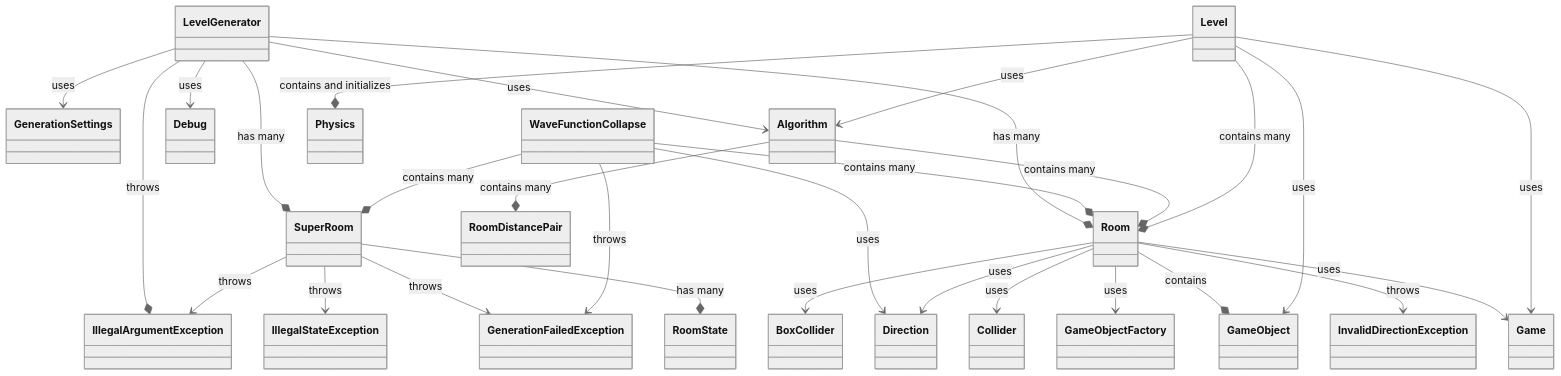
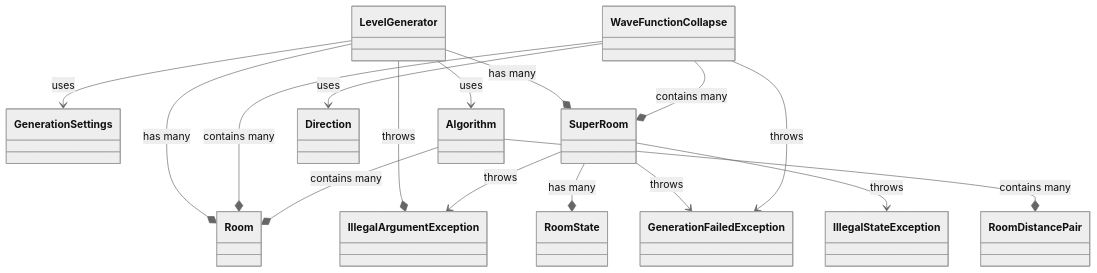
Before and after one commit to Rimaro03/docs-exam-slayer: the third of 10 diagrams in docs/design/class_diagrams.md, drawn with Mermaid (neutral theme). The commit also changed other lines of this file and 2 other files, not shown here.

Commit message:
finished movement sequence diagram

````diff
--- a/docs/design/class_diagrams.md
+++ b/docs/design/class_diagrams.md
@@ -22,36 +22,21 @@
 ```mermaid
 classDiagram
   LevelGenerator --> GenerationSettings: uses
   LevelGenerator --* Room: has many
   LevelGenerator --* IllegalArgumentException: throws
   LevelGenerator --* SuperRoom: has many
   LevelGenerator --> Algorithm: uses
-  LevelGenerator --> Debug: uses
 
   SuperRoom --* RoomState: has many
   SuperRoom --> GenerationFailedException: throws
   SuperRoom --> IllegalArgumentException: throws
   SuperRoom --> IllegalStateException: throws
   
   WaveFunctionCollapse --* SuperRoom: contains many
   WaveFunctionCollapse --* Room: contains many
   WaveFunctionCollapse --> GenerationFailedException: throws
   WaveFunctionCollapse --> Direction: uses
   
   Algorithm --* RoomDistancePair: contains many
   Algorithm --* Room: contains many
-
-  Room --> Direction: uses
-  Room --> InvalidDirectionException: throws
-  Room --> Game: uses
-  Room --* GameObject: contains
-  Room --> GameObjectFactory: uses
-  Room --> Collider: uses
-  Room --> BoxCollider: uses
-  
-  Level --> Algorithm: uses
-  Level --* Room: contains many
-  Level --* Physics: contains and initializes
-  Level --> Game: uses
-  Level --> GameObject: uses
 ```
````
